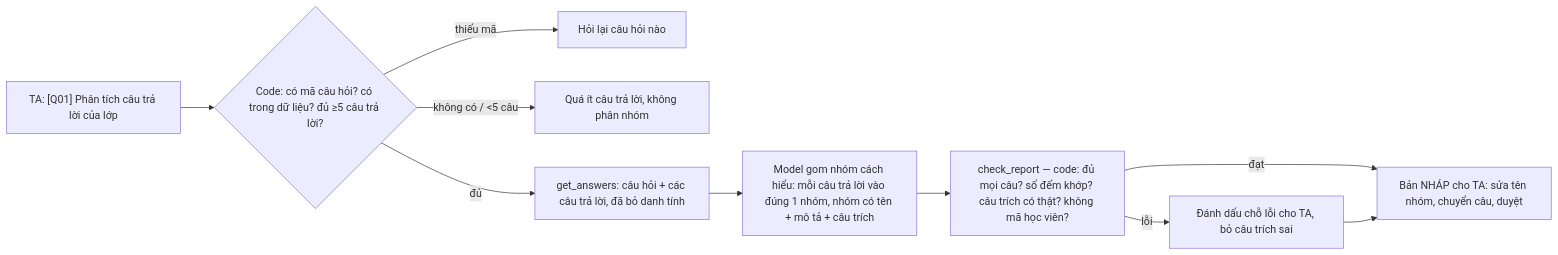
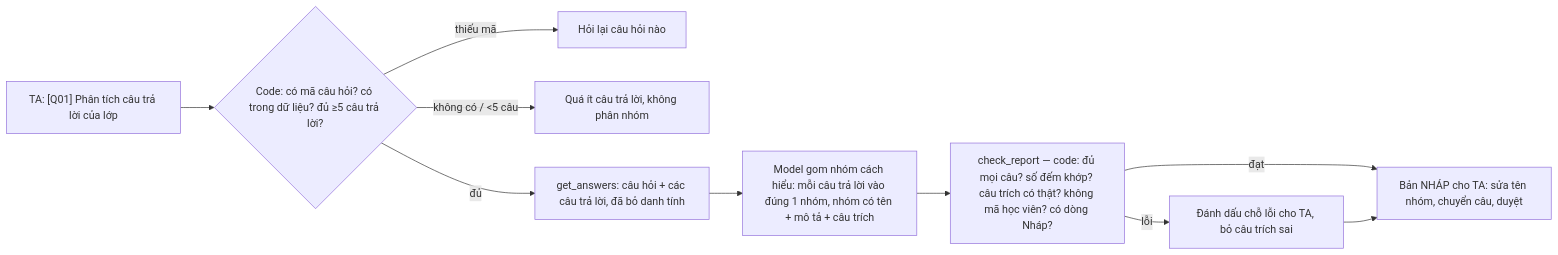
Before and after one commit to TunDangg/K5-Day15-L3A-SoftAndWet: the diagram in spec.md, drawn with Mermaid. The commit also changed other lines of this file and 1 other file, not shown here.

Commit message:
docs: Duyệt spec.md §4–§5, xoá dòng bản nháp, khớp định dạng output với check_report

````diff
--- a/spec.md
+++ b/spec.md
@@ -53,12 +51,12 @@
 ```mermaid
 flowchart LR
   A["TA: [Q01] Phân tích câu trả lời của lớp"] --> B{Code: có mã câu hỏi? có trong dữ liệu? đủ ≥5 câu trả lời?}
   B -->|thiếu mã| Q[Hỏi lại câu hỏi nào]
   B -->|không có / <5 câu| L["Quá ít câu trả lời, không phân nhóm"]
   B -->|đủ| C[get_answers: câu hỏi + các câu trả lời, đã bỏ danh tính]
   C --> D[Model gom nhóm cách hiểu: mỗi câu trả lời vào đúng 1 nhóm, nhóm có tên + mô tả + câu trích]
-  D --> E[check_report — code: đủ mọi câu? số đếm khớp? câu trích có thật? không mã học viên?]
+  D --> E[check_report — code: đủ mọi câu? số đếm khớp? câu trích có thật? không mã học viên? có dòng Nháp?]
   E -->|lỗi| F[Đánh dấu chỗ lỗi cho TA, bỏ câu trích sai]
   E -->|đạt| G["Bản NHÁP cho TA: sửa tên nhóm, chuyển câu, duyệt"]
   F --> G
 ```
````
